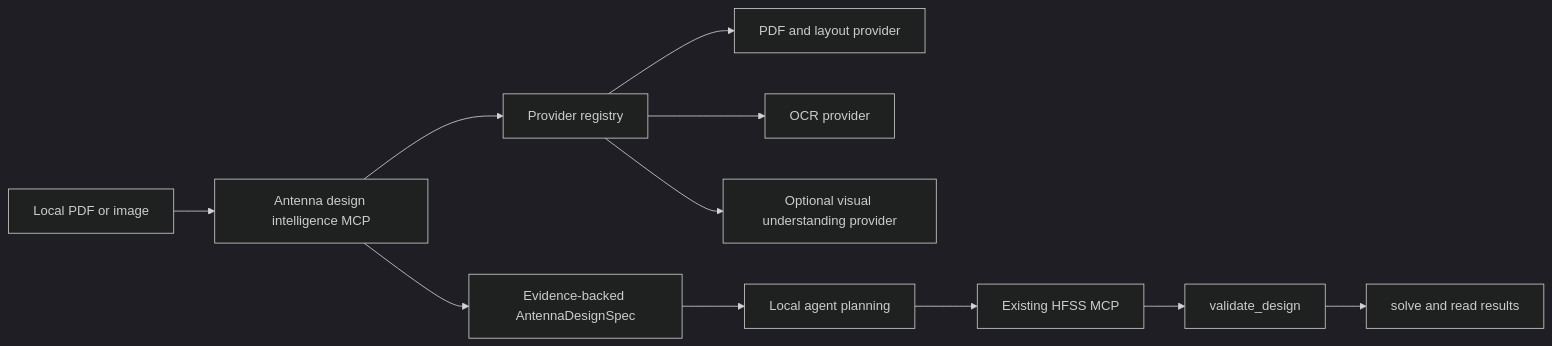
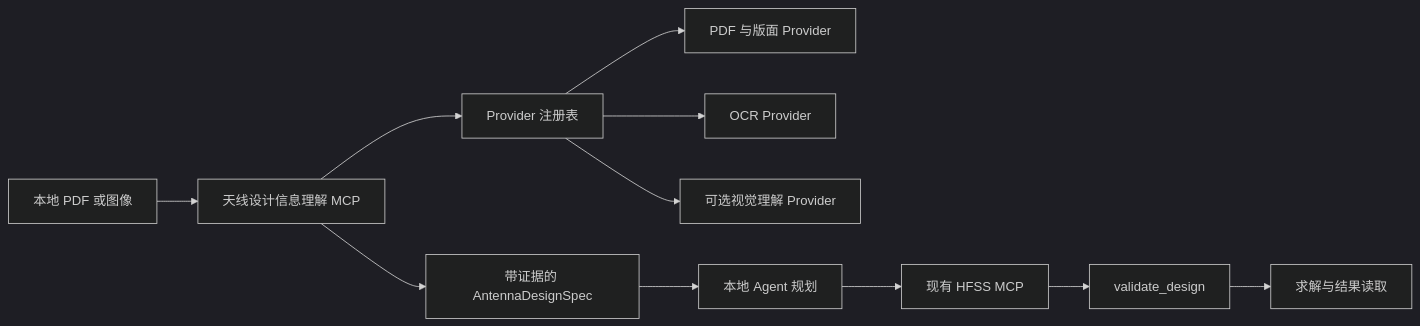
Before and after one commit to CodeQwQ/supperHFSSMCP: the diagram in docs/superpowers/specs/2026-07-29-antenna-design-intelligence-mcp-design.md, drawn with Mermaid (dark theme). The commit also changed other lines of this file, not shown here.

Commit message:
docs: translate intelligence MCP design to Chinese

````diff
--- a/docs/superpowers/specs/2026-07-29-antenna-design-intelligence-mcp-design.md
+++ b/docs/superpowers/specs/2026-07-29-antenna-design-intelligence-mcp-design.md
@@ -26,13 +15,13 @@
 ```mermaid
 flowchart LR
-    Input[Local PDF or image] --> Service[Antenna design intelligence MCP]
-    Service --> Providers[Provider registry]
-    Providers --> Pdf[PDF and layout provider]
-    Providers --> Ocr[OCR provider]
-    Providers --> Vision[Optional visual understanding provider]
-    Service --> Spec[Evidence-backed AntennaDesignSpec]
-    Spec --> Agent[Local agent planning]
-    Agent --> Hfss[Existing HFSS MCP]
+    Input[本地 PDF 或图像] --> Service[天线设计信息理解 MCP]
+    Service --> Providers[Provider 注册表]
+    Providers --> Pdf[PDF 与版面 Provider]
+    Providers --> Ocr[OCR Provider]
+    Providers --> Vision[可选视觉理解 Provider]
+    Service --> Spec[带证据的 AntennaDesignSpec]
+    Spec --> Agent[本地 Agent 规划]
+    Agent --> Hfss[现有 HFSS MCP]
     Hfss --> Gate[validate_design]
-    Gate --> Solve[solve and read results]
+    Gate --> Solve[求解与结果读取]
 ```
````
